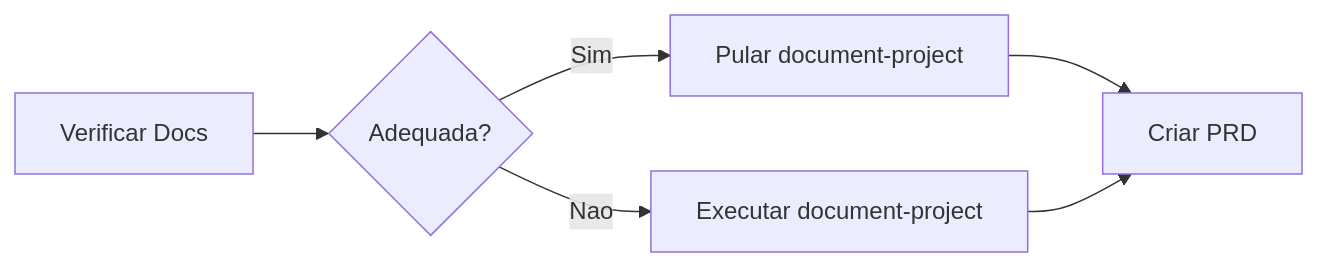
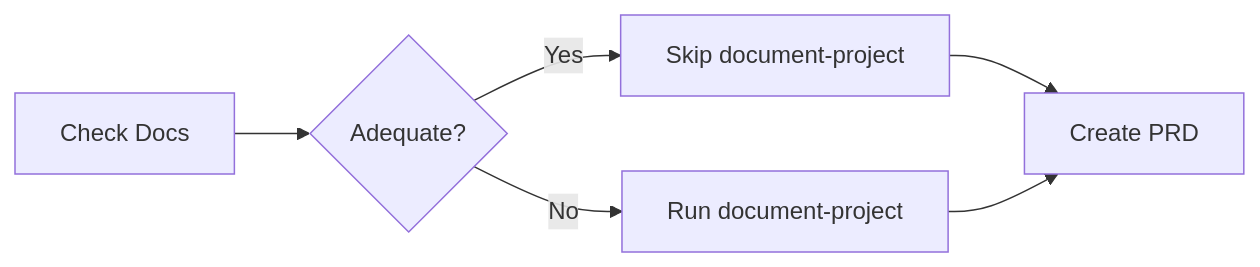
Before and after one commit to CyryxLabs/AEXOS: the fourth of 9 diagrams in docs/aexos-workflows/brownfield-fullstack-workflow.md, drawn with Mermaid. The commit also changed other lines of this file and 528 other files, not shown here.

````diff
--- a/docs/aexos-workflows/brownfield-fullstack-workflow.md
+++ b/docs/aexos-workflows/brownfield-fullstack-workflow.md
@@ -566,8 +566,8 @@
 ```mermaid
 flowchart LR
-    A[Verificar Docs] --> B{Adequada?}
-    B -->|Sim| C[Pular document-project]
-    B -->|Nao| D[Executar document-project]
-    C --> E[Criar PRD]
+    A[Check Docs] --> B{Adequate?}
+    B -->|Yes| C[Skip document-project]
+    B -->|No| D[Run document-project]
+    C --> E[Create PRD]
     D --> E
 ```
````
